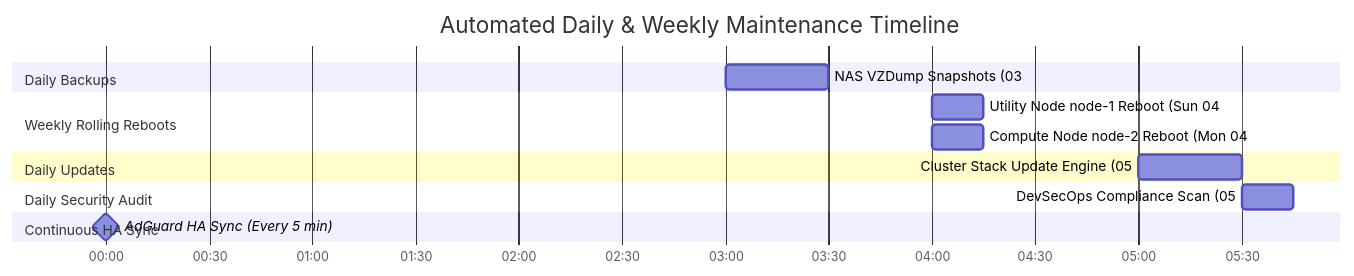
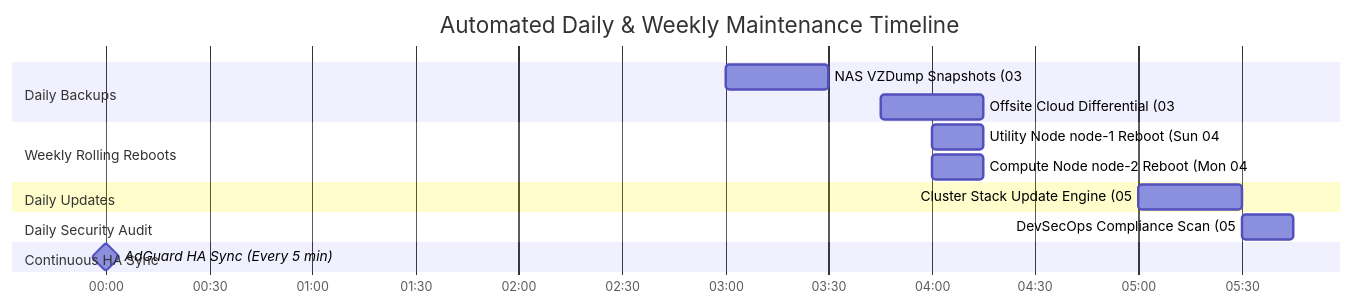
Before and after one commit to lambertaurelle/agentic-homelab-iac: the first of 3 diagrams in docs/MAINTENANCE.md, drawn with Mermaid. The commit also changed other lines of this file and 21 other files, not shown here.

Commit message:
feat(backup): add CT 602 offsite cloud backup as core baseline service and enable subagent write tools (#2)

````diff
--- a/docs/MAINTENANCE.md
+++ b/docs/MAINTENANCE.md
@@ -11,22 +11,23 @@
 ```mermaid
 gantt
     title Automated Daily & Weekly Maintenance Timeline
     dateFormat HH:mm
     axisFormat %H:%M
 
     section Daily Backups
     NAS VZDump Snapshots (03:00)       :active, 03:00, 30m
+    Offsite Cloud Differential (03:45) :active, 03:45, 30m
 
     section Weekly Rolling Reboots
     Utility Node node-1 Reboot (Sun 04:00) :crit, 04:00, 15m
     Compute Node node-2 Reboot (Mon 04:00)  :crit, 04:00, 15m
 
     section Daily Updates
     Cluster Stack Update Engine (05:00):done, 05:00, 30m
 
     section Daily Security Audit
     DevSecOps Compliance Scan (05:30)  :active, 05:30, 15m
 
     section Continuous HA Sync
     AdGuard HA Sync (Every 5 min)      :milestone, 00:00, 0m
 ```
````
